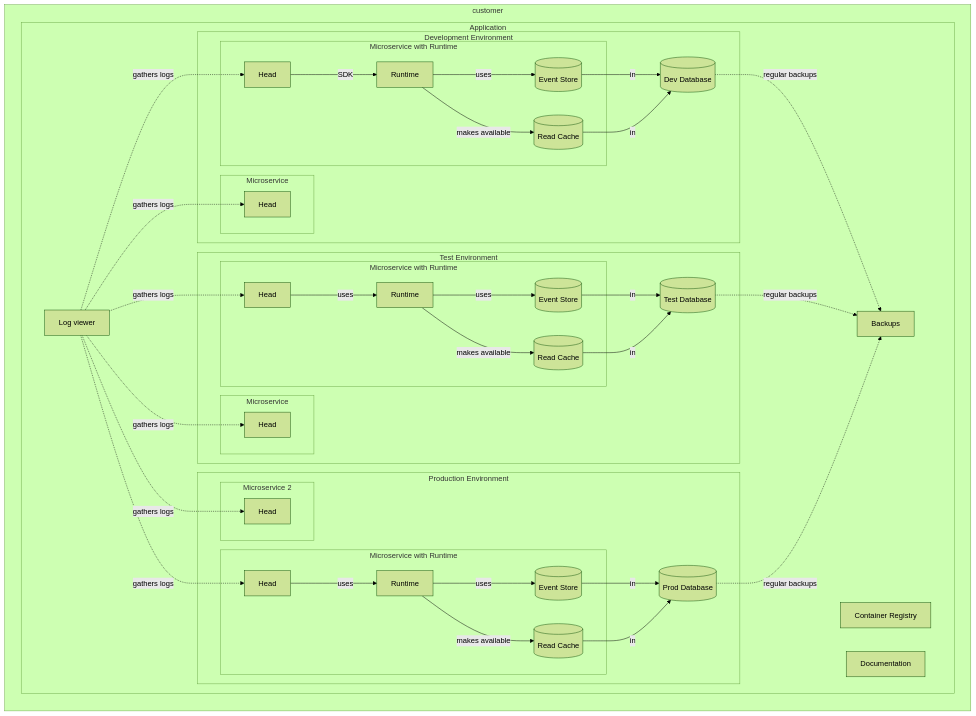
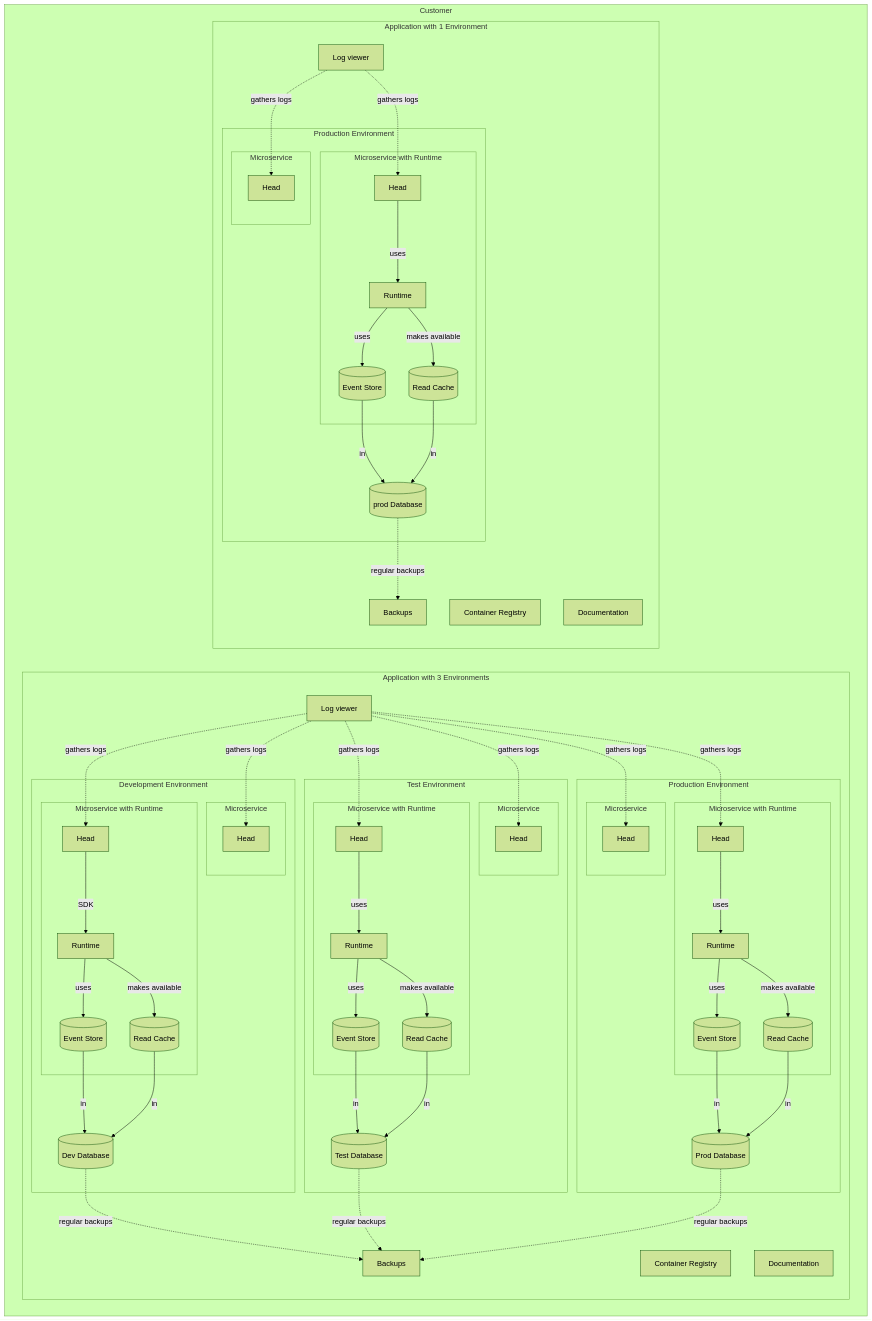
Before and after one commit to dolittle/Documentation: the diagram in Source/content/en/docs/platform/studio/_index.md, drawn with Mermaid (forest theme).

Commit message:
add a second app to the studio diagram

````diff
--- a/Source/content/en/docs/platform/studio/_index.md
+++ b/Source/content/en/docs/platform/studio/_index.md
@@ -23,7 +23,7 @@
 ```mermaid
-flowchart LR
-    subgraph customer
-        subgraph app1[Application]
+flowchart TB
+    subgraph Customer
+        subgraph app1[Application with 3 Environments]
             subgraph app1dev[Development Environment]
                 subgraph app1devms1[Microservice with Runtime]
                     app1devms1head[Head] --SDK--> app1devms1runtime[Runtime]
@@ -58,26 +58,48 @@
                     app1prodms1runtime --uses--> app1prodms1eventstore[(Event Store)]
                     app1prodms1runtime --makes available--> app1prodms1readmodel[(Read Cache)]
                 end
-                subgraph app1prodms2[Microservice 2]
+                subgraph app1prodms2[Microservice]
                     app1prodms2head[Head]
                 end
 
                 app1prodms1eventstore --in--> app1prodDB[(Prod Database)]
                 app1prodms1readmodel --in--> app1prodDB
             end
-            ACR[Container Registry]
-            Docs[Documentation]
+            ACR1[Container Registry]
+            Docs1[Documentation]
 
-            Logs[Log viewer] -.gathers logs.-> app1devms1head
-            Logs -.gathers logs.-> app1devms2head
-            Logs -.gathers logs.-> app1testms1head
-            Logs -.gathers logs.-> app1testms2head
-            Logs -.gathers logs.-> app1prodms1head
-            Logs -.gathers logs.-> app1prodms2head
+            Logs1[Log viewer] -.gathers logs.-> app1devms1head
+            Logs1 -.gathers logs.-> app1devms2head
+            Logs1 -.gathers logs.-> app1testms1head
+            Logs1 -.gathers logs.-> app1testms2head
+            Logs1 -.gathers logs.-> app1prodms1head
+            Logs1 -.gathers logs.-> app1prodms2head
 
-            app1devDB -.regular backups.-> Backups
-            app1testDB -.regular backups.-> Backups
-            app1prodDB -.regular backups.-> Backups
+            app1devDB -.regular backups.-> Backups1[Backups]
+            app1testDB -.regular backups.-> Backups1
+            app1prodDB -.regular backups.-> Backups1
+        end
+        subgraph app2[Application with 1 Environment]
+            subgraph app2prod[Production Environment]
+                subgraph app2prodms1[Microservice with Runtime]
+                    app2prodms1head[Head] --uses--> app2prodms1runtime[Runtime]
+
+                    app2prodms1runtime --uses--> app2prodms1eventstore[(Event Store)]
+                    app2prodms1runtime --makes available--> app2prodms1readmodel[(Read Cache)]
+                end
+                subgraph app2prodms2[Microservice]
+                    app2prodms2head[Head]
+                end
+                app2prodms1eventstore --in--> app2prodDB[(prod Database)]
+                app2prodms1readmodel --in--> app2prodDB
+            end
+
+            ACR2[Container Registry]
+            Docs2[Documentation]
+            Logs2[Log viewer] -.gathers logs.-> app2prodms1head
+            Logs2 -.gathers logs.-> app2prodms2head
+
+            app2prodDB -.regular backups.-> Backups2[Backups]
         end
     end
 ```
````
